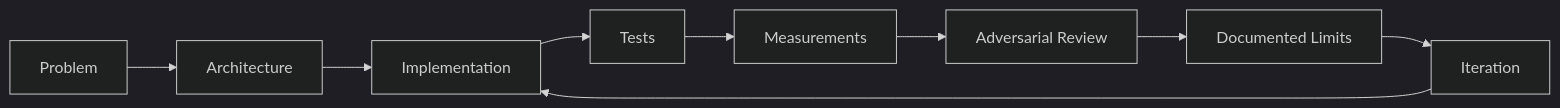
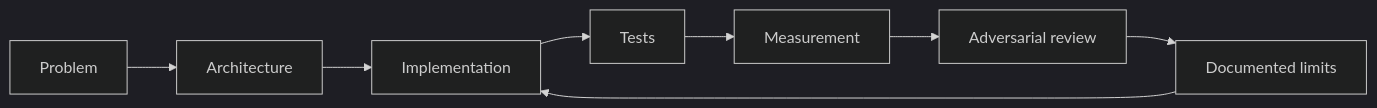
The diagram in README.md (sohaib-0897/sohaib-0897), drawn with Mermaid (dark theme) before and after one commit. The commit also changed other lines of this file, not shown here.

````diff
--- a/README.md
+++ b/README.md
@@ -198,11 +173,10 @@
 ```mermaid
 flowchart LR
     A[Problem] --> B[Architecture]
     B --> C[Implementation]
     C --> D[Tests]
-    D --> E[Measurements]
-    E --> F[Adversarial Review]
-    F --> G[Documented Limits]
-    G --> H[Iteration]
-    H --> C
+    D --> E[Measurement]
+    E --> F[Adversarial review]
+    F --> G[Documented limits]
+    G --> C
 ```
````
